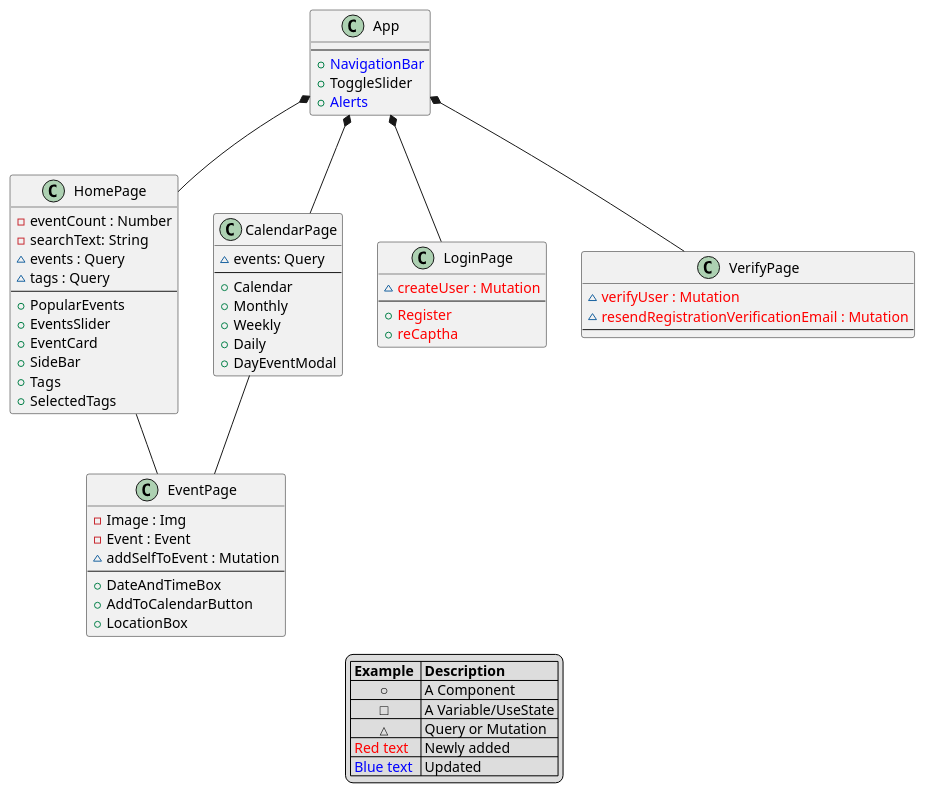
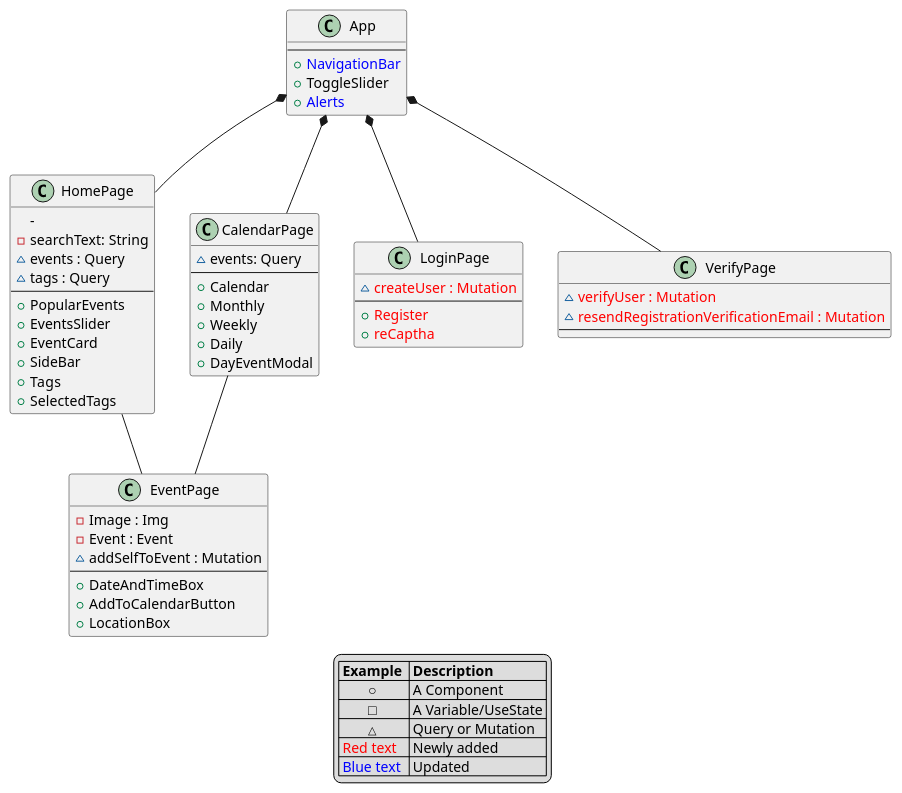
Before and after one commit to oscarboe/Studieforeningskalender_Front_end: the diagram in UML FE/CD_FE_US9.puml, drawn with PlantUML. The commit also changed 70 other files, not shown here.

```diff
--- a/UML FE/CD_FE_US9.puml
+++ b/UML FE/CD_FE_US9.puml
@@ -1,67 +1,67 @@
 @startuml FrontEndClassDiagram
 class HomePage {
-    - eventCount : Number
+    - 
     - searchText: String
     ~ events : Query
     ~ tags : Query
     --
     + PopularEvents
     + EventsSlider
     + EventCard
     + SideBar
     + Tags 
     + SelectedTags
 }
 
 class App {
     --
     + <color:blue>NavigationBar
     + ToggleSlider
     + <color:blue>Alerts
 }
 class CalendarPage {
     ~ events: Query
     --
     + Calendar
     + Monthly
     + Weekly
     + Daily
     + DayEventModal    
 }
 class EventPage {
     -Image : Img
     -Event : Event
     ~addSelfToEvent : Mutation
     --
     + DateAndTimeBox
     + AddToCalendarButton
     + LocationBox
 }
 class LoginPage {
     ~ <color:red>createUser : Mutation
     --
     +<color:red>Register
     +<color:red>reCaptha
     }
     class VerifyPage {
     ~ <color:red>verifyUser : Mutation
     ~ <color:red>resendRegistrationVerificationEmail : Mutation
     --
 }
 
 App*-- HomePage 
 App*-- CalendarPage   
 App*-- LoginPage
 App*-- VerifyPage
 HomePage-- EventPage
 CalendarPage-- EventPage
 
 legend
     |= Example  |= Description |
     |        ○ | A Component |
     |        □ | A Variable/UseState |
     |        <size:11>△ | Query or Mutation |
     |<color:red> Red text | Newly added|
     |<color:blue> Blue text | Updated |
 endlegend
 @enduml
```
